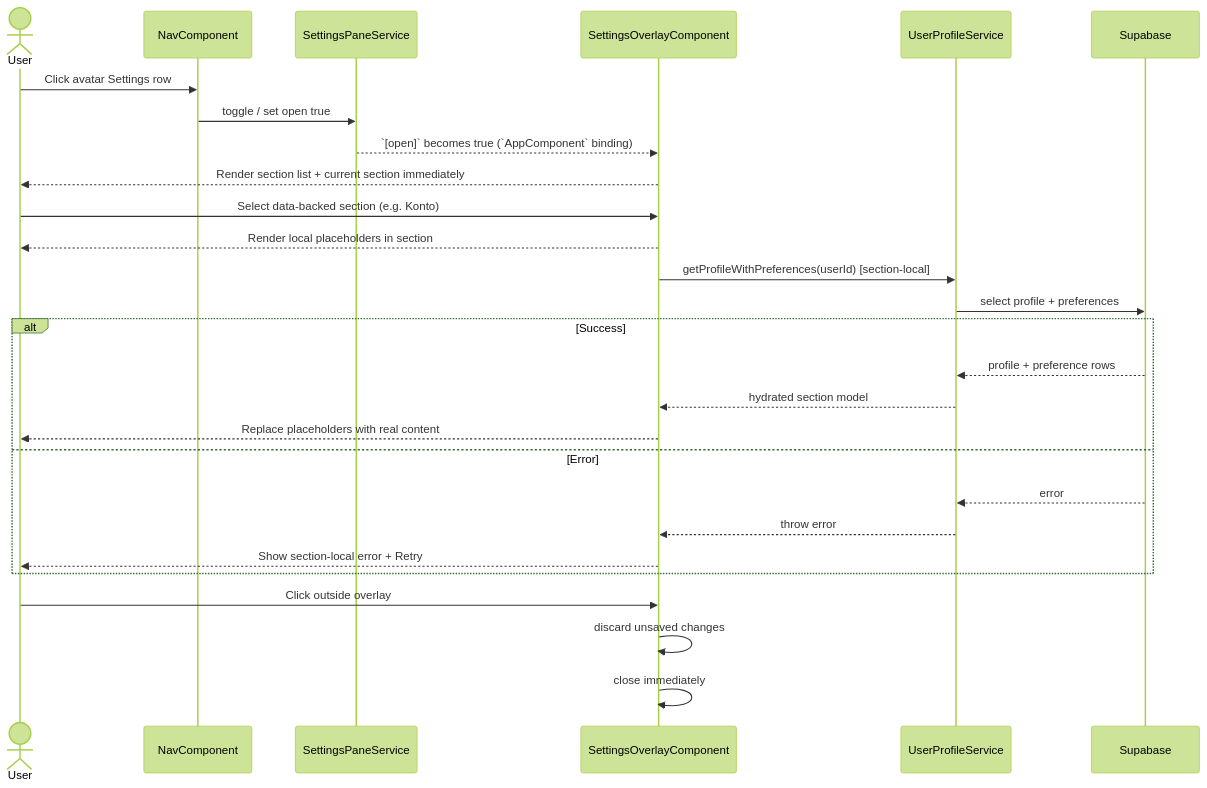
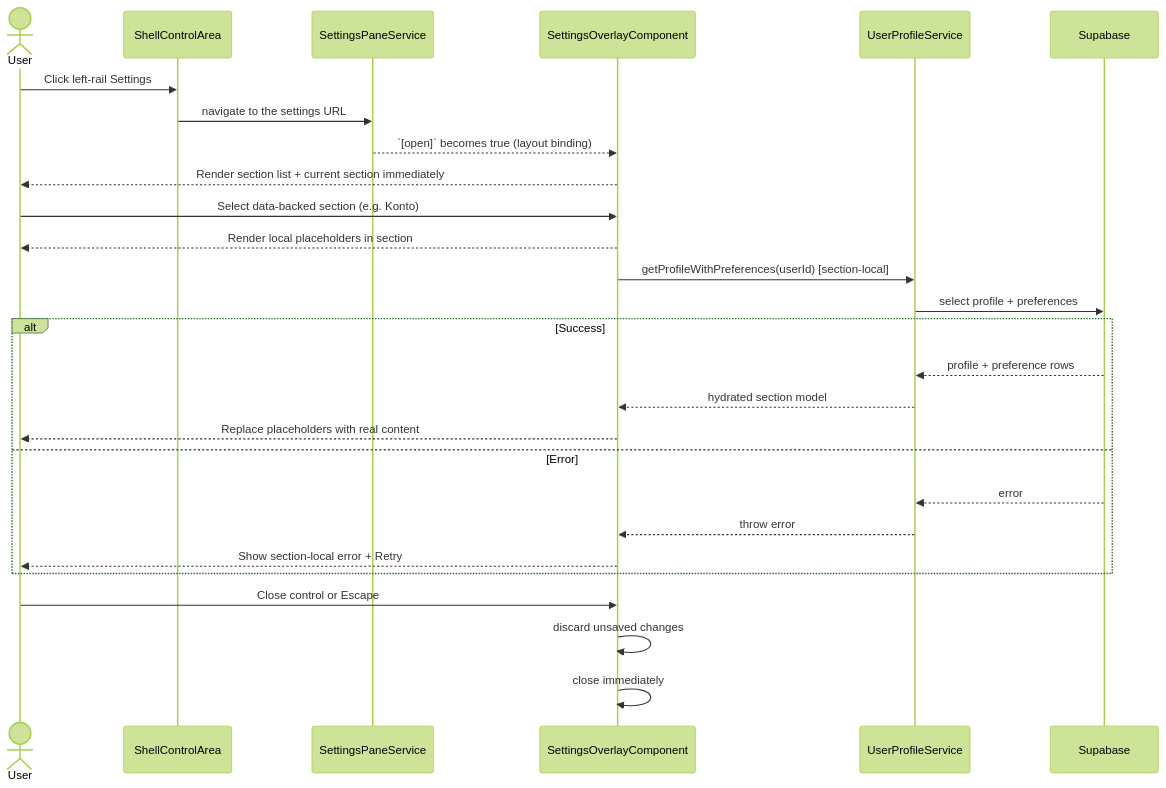
The third of 3 diagrams in docs/specs/ui/settings-overlay/settings-overlay.md (matkleve/feldpost), drawn with Mermaid (forest theme) before and after one commit. The commit also changed other lines of this file and 157 other files, not shown here.

First line of the commit message:
feat: make the grid shell the working layout

````diff
--- a/docs/specs/ui/settings-overlay/settings-overlay.md
+++ b/docs/specs/ui/settings-overlay/settings-overlay.md
@@ -171,31 +169,31 @@
 ```mermaid
 sequenceDiagram
     actor U as User
-    participant N as NavComponent
+    participant N as ShellControlArea
     participant SP as SettingsPaneService
     participant O as SettingsOverlayComponent
     participant P as UserProfileService
     participant S as Supabase
 
-    U->>N: Click avatar Settings row
-    N->>SP: toggle / set open true
-    SP-->>O: `[open]` becomes true (`AppComponent` binding)
+    U->>N: Click left-rail Settings
+    N->>SP: navigate to the settings URL
+    SP-->>O: `[open]` becomes true (layout binding)
     O-->>U: Render section list + current section immediately
     U->>O: Select data-backed section (e.g. Konto)
     O-->>U: Render local placeholders in section
     O->>P: getProfileWithPreferences(userId) [section-local]
     P->>S: select profile + preferences
     alt Success
         S-->>P: profile + preference rows
         P-->>O: hydrated section model
         O-->>U: Replace placeholders with real content
     else Error
         S-->>P: error
         P-->>O: throw error
         O-->>U: Show section-local error + Retry
     end
 
-    U->>O: Click outside overlay
+    U->>O: Close control or Escape
     O->>O: discard unsaved changes
     O->>O: close immediately
 ```
````
